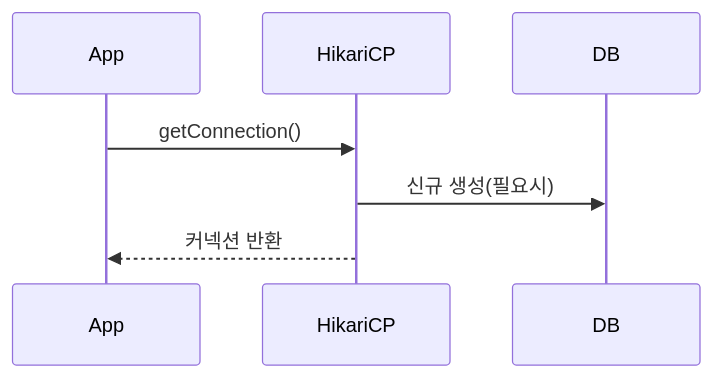
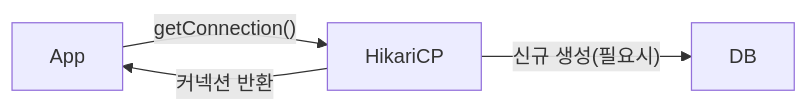
One commit to yjkim2015/yjkim2015.github.io changed the third of 11 diagrams in _posts/spring/2026-05-02-spring-db-1.md. Above: the diagram before and after it, drawn with Mermaid. The commit also changed other lines of this file and 32 other files, not shown here.

First line of the commit message:
sequenceDiagram 82개 → graph LR 변환 완료

````diff
--- a/_posts/spring/2026-05-02-spring-db-1.md
+++ b/_posts/spring/2026-05-02-spring-db-1.md
@@ -137,9 +137,6 @@
 ```mermaid
-sequenceDiagram
-    participant App
-    participant Pool as HikariCP
-    participant DB
-    App->>Pool: getConnection()
-    Pool->>DB: 신규 생성(필요시)
-    Pool-->>App: 커넥션 반환
+graph LR
+    App["App"] -->|"getConnection()"| Pool["HikariCP"]
+    Pool -->|"신규 생성(필요시)"| DB["DB"]
+    Pool -->|"커넥션 반환"| App
 ```
````
